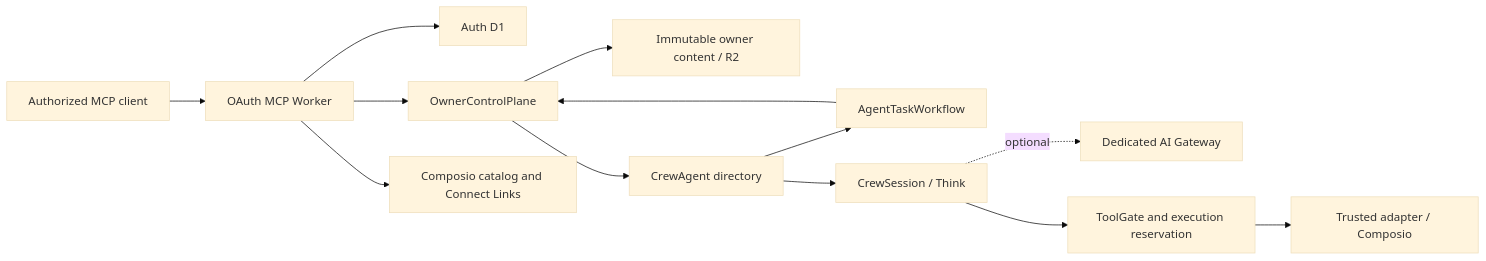
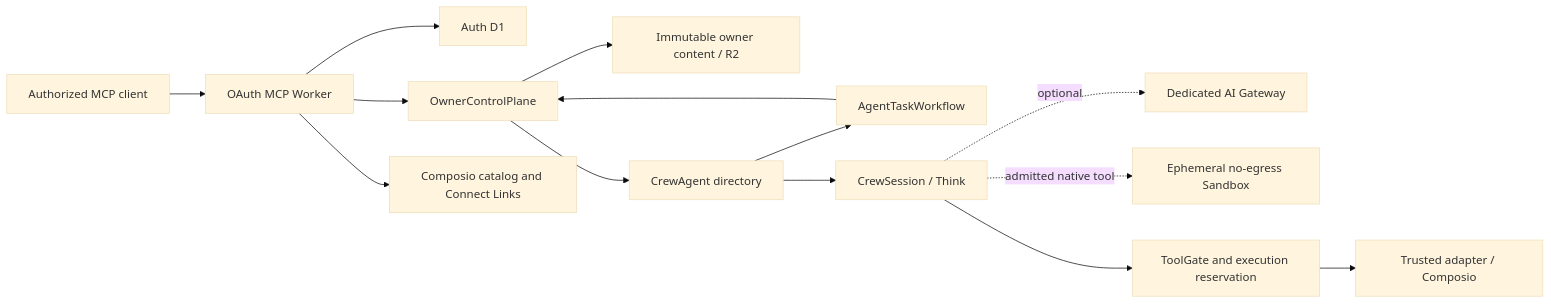
One commit to fkrein1/crewhelm changed the diagram in docs/architecture/system.md. Above: the diagram before and after it, drawn with Mermaid (base theme). The commit also changed other lines of this file and 52 other files, not shown here.

````diff
--- a/docs/architecture/system.md
+++ b/docs/architecture/system.md
@@ -11,15 +11,16 @@
 ```mermaid
 flowchart LR
     MCP["Authorized MCP client"] --> Worker["OAuth MCP Worker"]
     Worker --> Auth["Auth D1"]
     Worker --> Owner["OwnerControlPlane"]
     Owner --> Content["Immutable owner content / R2"]
     Owner --> Agent["CrewAgent directory"]
     Agent --> Workflow["AgentTaskWorkflow"]
     Workflow --> Owner
     Agent --> Session["CrewSession / Think"]
     Session -. optional .-> Gateway["Dedicated AI Gateway"]
+    Session -. admitted native tool .-> Sandbox["Ephemeral no-egress Sandbox"]
     Worker --> Catalog["Composio catalog and Connect Links"]
     Session --> Gate["ToolGate and execution reservation"]
     Gate --> Composio["Trusted adapter / Composio"]
 ```
````
